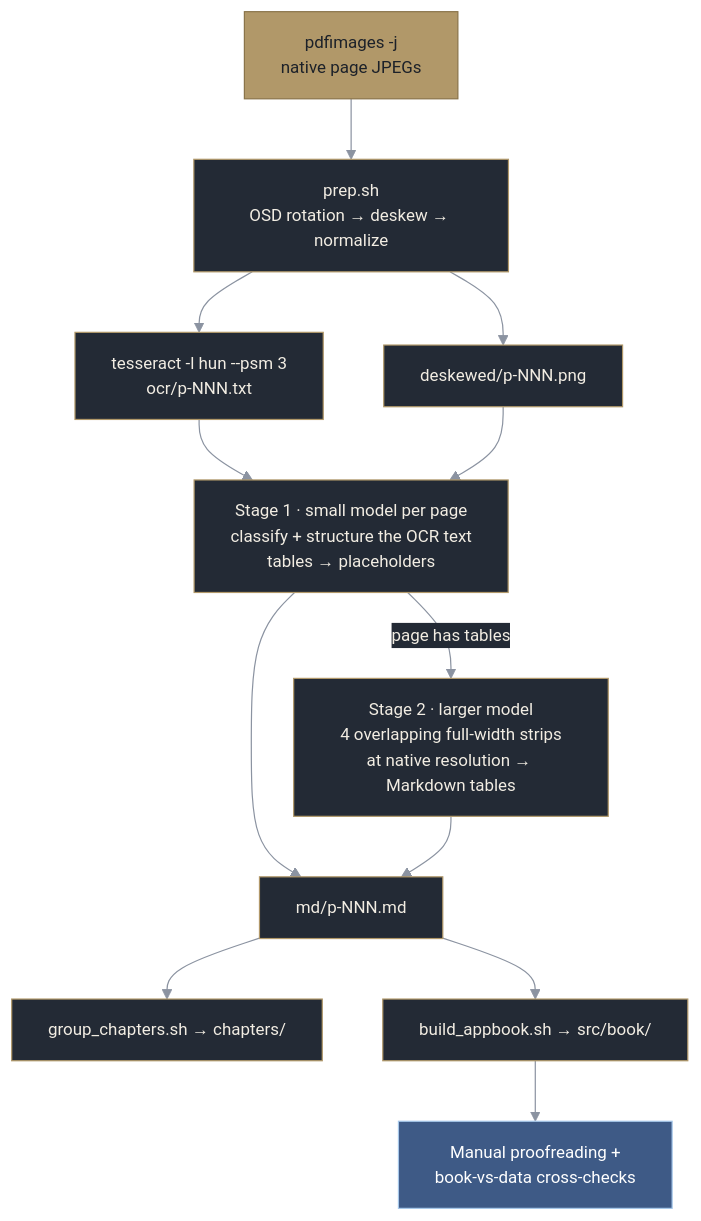
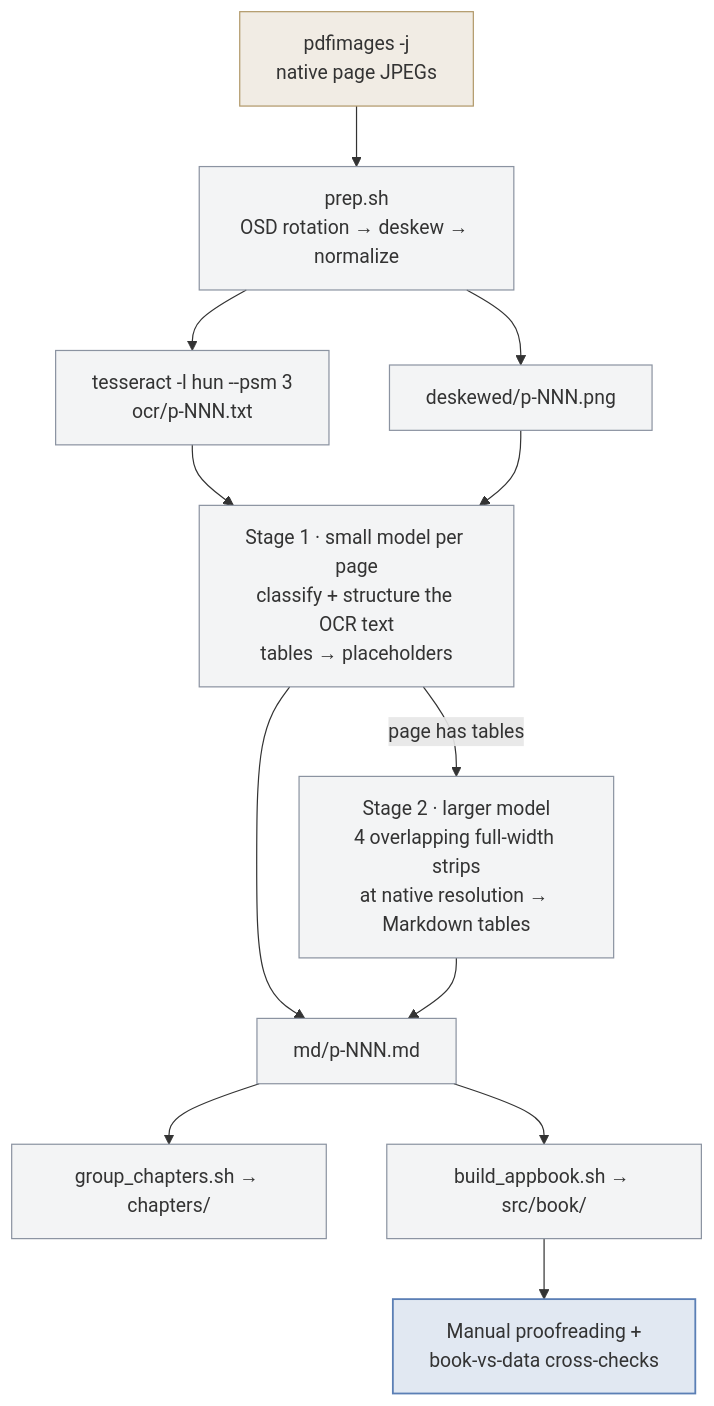
The diagram in docs/pdf-pipeline.md (codex-magica/codex-magica.github.io), drawn with Mermaid before and after one commit. The commit also changed 1 other file, not shown here.

Commit message:
Mermaid diagrams: subtler styling that follows GitHub's light/dark theme
Instead of forcing colours, the diagrams keep the viewer's own Mermaid theme (text, arrows and
labels adapt to light and dark mode) and only add light accents: a faint grey tint with thin
borders on every box, a faint gold tint for the inputs, a faint blue tint for the key part.
Translucent fills, so they sit right on either background.

````diff
--- a/docs/pdf-pipeline.md
+++ b/docs/pdf-pipeline.md
@@ -26,19 +26,19 @@
 ```mermaid
-%%{init: {"theme": "base", "fontFamily": "Helvetica, Arial, sans-serif", "themeVariables": {"fontFamily": "Helvetica, Arial, sans-serif", "fontSize": "14px", "primaryColor": "#232a35", "primaryTextColor": "#f2ede3", "primaryBorderColor": "#b19869", "lineColor": "#8b93a1", "textColor": "#f2ede3", "edgeLabelBackground": "#232a35"}}}%%
 flowchart TD
     A["pdfimages -j<br/>native page JPEGs"] --> B["prep.sh<br/>OSD rotation → deskew → normalize"]
     B --> C["tesseract -l hun --psm 3<br/>ocr/p-NNN.txt"]
     B --> D["deskewed/p-NNN.png"]
     C --> E["Stage 1 · small model per page<br/>classify + structure the OCR text<br/>tables → placeholders"]
     D --> E
     E -->|page has tables| F["Stage 2 · larger model<br/>4 overlapping full-width strips<br/>at native resolution → Markdown tables"]
     E --> G["md/p-NNN.md"]
     F --> G
     G --> H["group_chapters.sh → chapters/"]
     G --> I["build_appbook.sh → src/book/"]
     I --> J["Manual proofreading +<br/>book-vs-data cross-checks"]
-    classDef input fill:#b19869,stroke:#8a744a,color:#1c2129
-    classDef key fill:#3e5a86,stroke:#a7c8ea,color:#ffffff
+    classDef default fill:#8b93a11a,stroke:#8b93a1,stroke-width:1px
+    classDef input fill:#b198692e,stroke:#b19869,stroke-width:1px
+    classDef key fill:#5b7fb52e,stroke:#5b7fb5,stroke-width:1.5px
     class A input
     class J key
 ```
````
